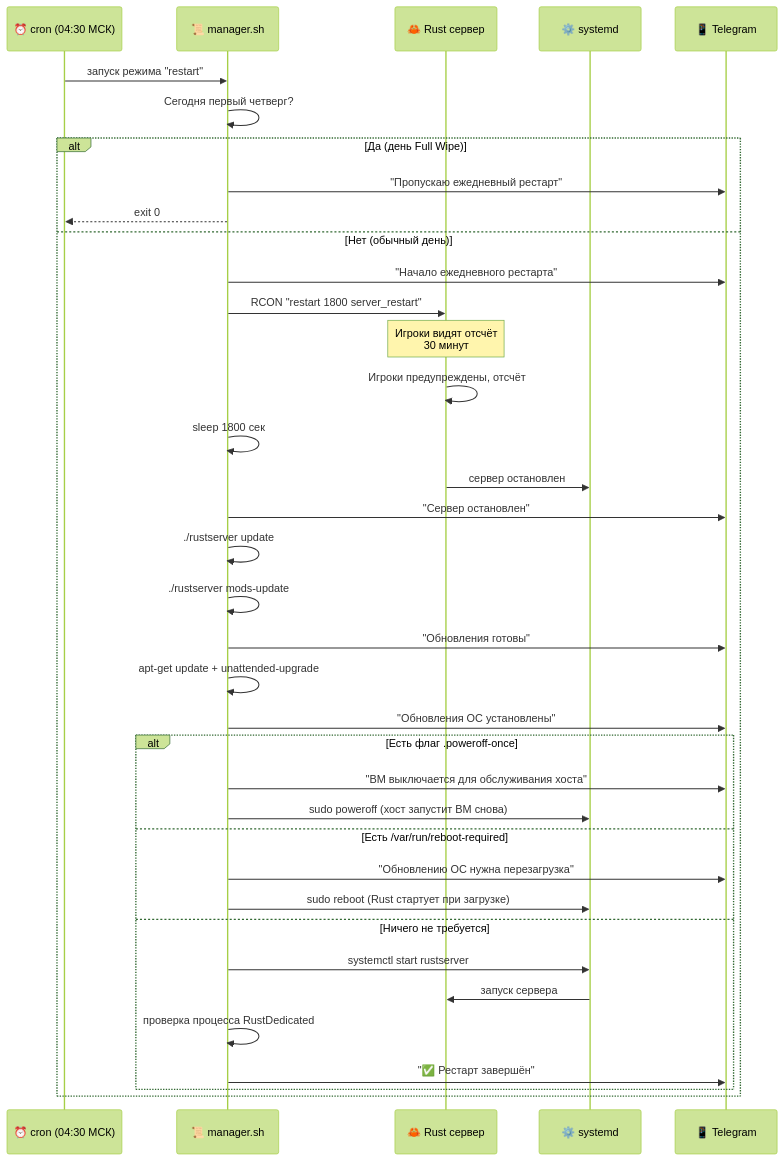
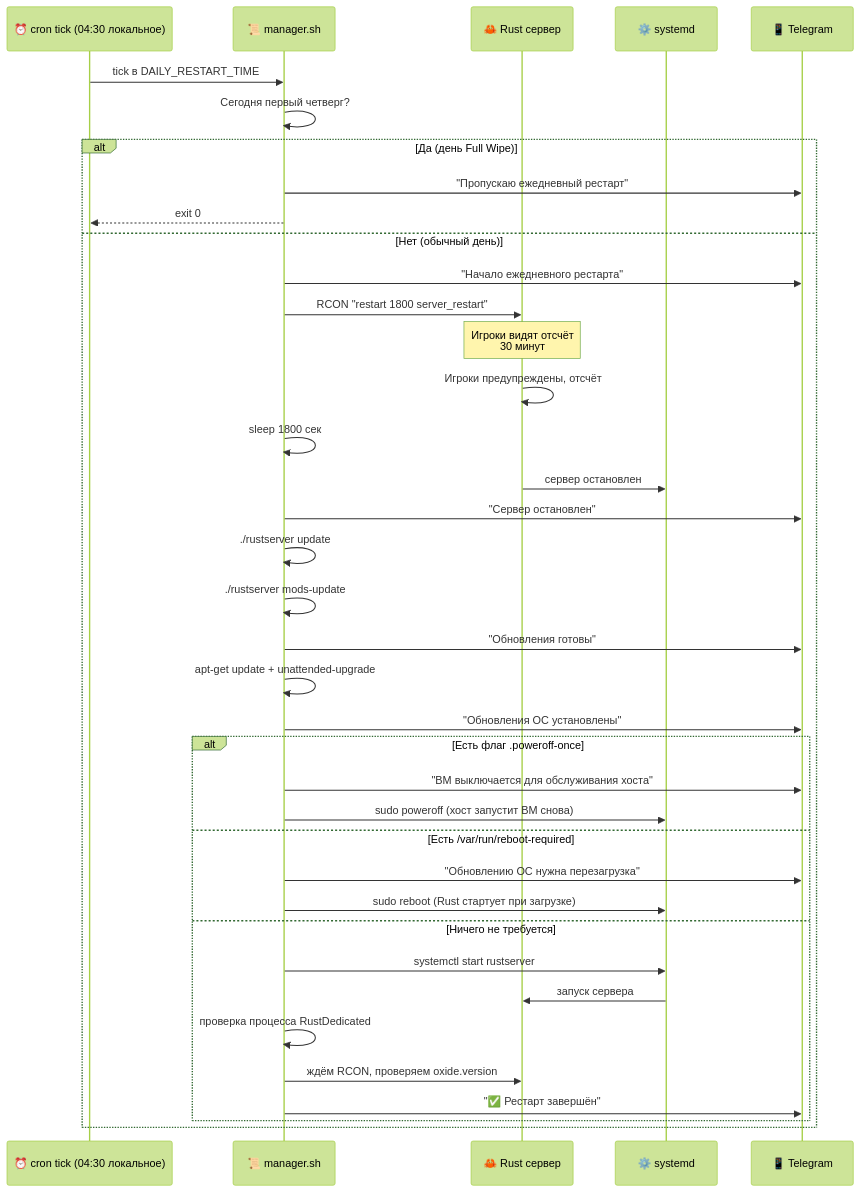
The third of 7 diagrams in README_RU.md (wobujidao/rust-wipe-manager), drawn with Mermaid (forest theme) before and after one commit. The commit also changed other lines of this file and 2 other files, not shown here.

Commit message:
docs: config-driven scheduler, map wipes, watchdog, Oxide check, languages

````diff
--- a/README_RU.md
+++ b/README_RU.md
@@ -110,40 +162,41 @@
 ```mermaid
 sequenceDiagram
-    participant C as ⏰ cron (04:30 МСК)
+    participant C as ⏰ cron tick (04:30 локальное)
     participant M as 📜 manager.sh
     participant R as 🦀 Rust сервер
     participant S as ⚙️ systemd
     participant T as 📱 Telegram
 
-    C->>M: запуск режима "restart"
+    C->>M: tick в DAILY_RESTART_TIME
     M->>M: Сегодня первый четверг?
     alt Да (день Full Wipe)
         M->>T: "Пропускаю ежедневный рестарт"
         M-->>C: exit 0
     else Нет (обычный день)
         M->>T: "Начало ежедневного рестарта"
         M->>R: RCON "restart 1800 server_restart"
         Note over R: Игроки видят отсчёт<br/>30 минут
         R->>R: Игроки предупреждены, отсчёт
         M->>M: sleep 1800 сек
         R->>S: сервер остановлен
         M->>T: "Сервер остановлен"
         M->>M: ./rustserver update
         M->>M: ./rustserver mods-update
         M->>T: "Обновления готовы"
         M->>M: apt-get update + unattended-upgrade
         M->>T: "Обновления ОС установлены"
         alt Есть флаг .poweroff-once
             M->>T: "ВМ выключается для обслуживания хоста"
             M->>S: sudo poweroff (хост запустит ВМ снова)
         else Есть /var/run/reboot-required
             M->>T: "Обновлению ОС нужна перезагрузка"
             M->>S: sudo reboot (Rust стартует при загрузке)
         else Ничего не требуется
             M->>S: systemctl start rustserver
             S->>R: запуск сервера
             M->>M: проверка процесса RustDedicated
+            M->>R: ждём RCON, проверяем oxide.version
             M->>T: "✅ Рестарт завершён"
         end
     end
 ```
````
